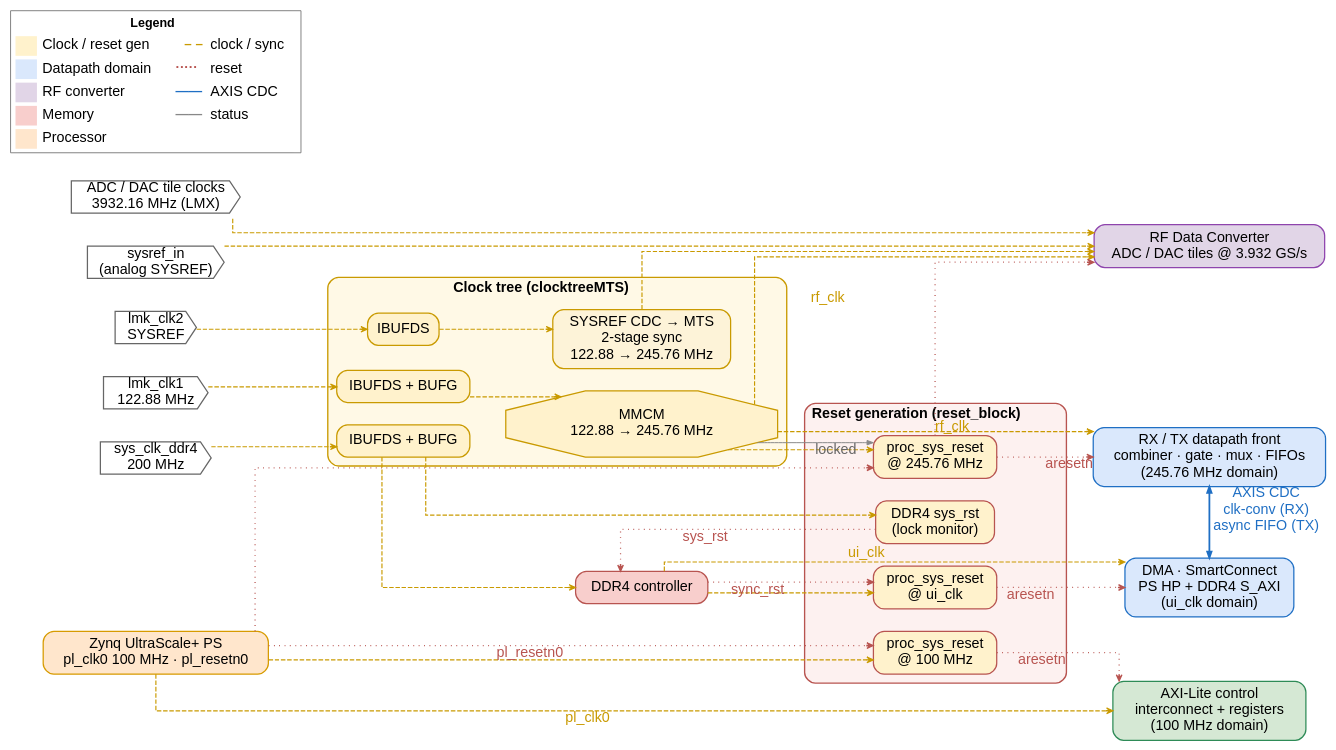
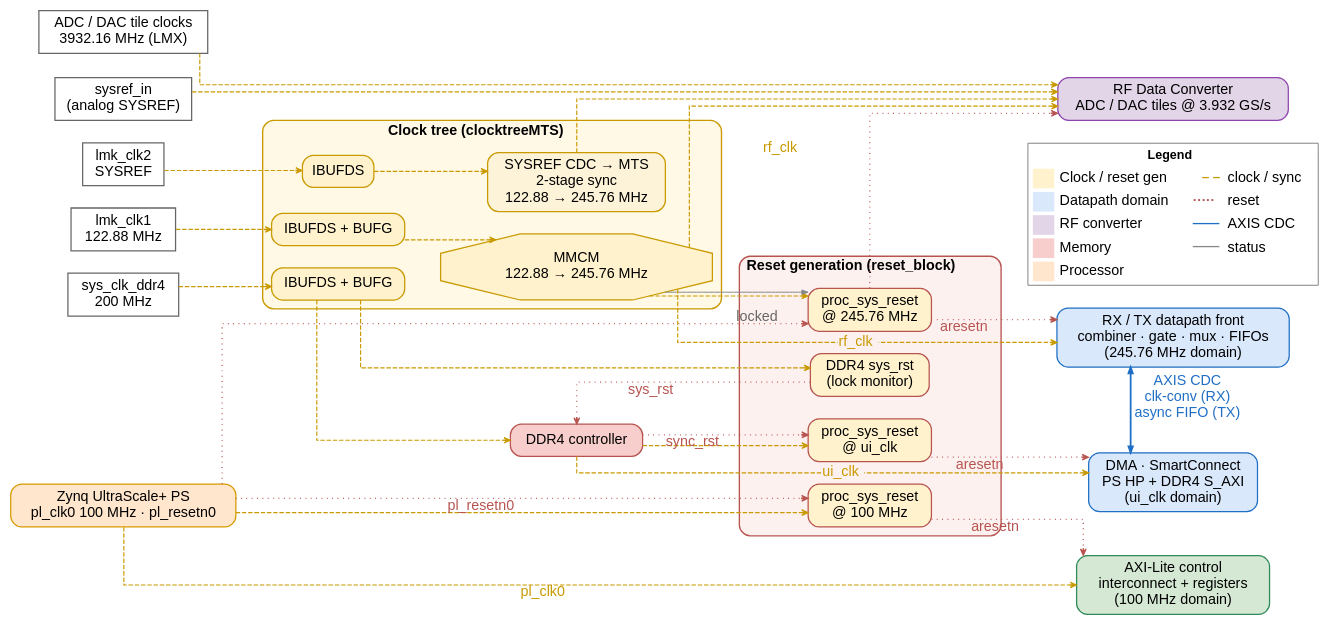
One commit to ali-rasteh/rfsoc-sdr changed the diagram in vivado/sounder_bbf_sivers_ddr4_2x2/arch_diagrams/9_paper_clocking_sync.dot. Above: the diagram before and after it, drawn with Graphviz. The commit also changed 5 other files, not shown here.

Commit message:
updated the fpga architecture block diagrams

```diff
--- a/vivado/sounder_bbf_sivers_ddr4_2x2/arch_diagrams/9_paper_clocking_sync.dot
+++ b/vivado/sounder_bbf_sivers_ddr4_2x2/arch_diagrams/9_paper_clocking_sync.dot
@@ -1,104 +1,118 @@
 digraph "paper_clocking_sync" {
   graph [rankdir=LR, splines=ortho, nodesep=0.35, ranksep=0.55, fontname="Helvetica",
          bgcolor="white", forcelabels=true, pack=false];
   node  [fontname="Helvetica", fontsize=16, shape=box, style="filled,rounded",
          penwidth=1.4, margin="0.14,0.09"];
   edge  [fontname="Helvetica", fontsize=16, penwidth=1.3, arrowsize=0.7];
 
   /* ---------- external clock / sync inputs ---------- */
-  "x_sysref" [label="sysref_in\n(analog SYSREF)",  shape=cds, fillcolor="#FFFFFF", color="#666666", style="filled", fontsize=16];
-  "x_lmx"    [label="ADC / DAC tile clocks\n3932.16 MHz (LMX)", shape=cds, fillcolor="#FFFFFF", color="#666666", style="filled", fontsize=16];
-  "x_lmk2"   [label="lmk_clk2\nSYSREF",            shape=cds, fillcolor="#FFFFFF", color="#666666", style="filled", fontsize=16];
-  "x_lmk1"   [label="lmk_clk1\n122.88 MHz",        shape=cds, fillcolor="#FFFFFF", color="#666666", style="filled", fontsize=16];
-  "x_ddr"    [label="sys_clk_ddr4\n200 MHz",       shape=cds, fillcolor="#FFFFFF", color="#666666", style="filled", fontsize=16];
+  /* external ports: plain square-cornered white boxes (distinct from the rounded fabric blocks) */
+  "x_sysref" [label="sysref_in\n(analog SYSREF)",  shape=box, fillcolor="#FFFFFF", color="#666666", style="filled", fontsize=16];
+  "x_lmx"    [label="ADC / DAC tile clocks\n3932.16 MHz (LMX)", shape=box, fillcolor="#FFFFFF", color="#666666", style="filled", fontsize=16];
+  "x_lmk2"   [label="lmk_clk2\nSYSREF",            shape=box, fillcolor="#FFFFFF", color="#666666", style="filled", fontsize=16];
+  "x_lmk1"   [label="lmk_clk1\n122.88 MHz",        shape=box, fillcolor="#FFFFFF", color="#666666", style="filled", fontsize=16];
+  "x_ddr"    [label="sys_clk_ddr4\n200 MHz",       shape=box, fillcolor="#FFFFFF", color="#666666", style="filled", fontsize=16];
   "ps"       [label="Zynq UltraScale+ PS\npl_clk0 100 MHz · pl_resetn0", fillcolor="#FFE6CC", color="#D79B00"];
 
   { rank=same; "x_sysref"; "x_lmx"; "x_lmk2"; "x_lmk1"; "x_ddr"; "ps"; }
   "x_lmx" -> "x_sysref" [style=invis];
   "x_sysref" -> "x_lmk2" [style=invis];
   "x_lmk2" -> "x_lmk1"  [style=invis];
   "x_lmk1" -> "x_ddr"   [style=invis];
   "x_ddr" -> "ps"       [style=invis];
 
   /* ---------- clock tree ---------- */
   subgraph "cluster_clktree" {
     label=<<b>Clock tree (clocktreeMTS)</b>>; fontsize=16; style="rounded"; color="#C99A00"; bgcolor="#FFF9E6"; penwidth=1.5; margin=10;
     "buf_sr"  [label="IBUFDS",        fillcolor="#FFF2CC", color="#C99A00", fontsize=16];
     "buf_pl"  [label="IBUFDS + BUFG", fillcolor="#FFF2CC", color="#C99A00", fontsize=16];
     "buf_ddr" [label="IBUFDS + BUFG", fillcolor="#FFF2CC", color="#C99A00", fontsize=16];
     "cdc"     [label="SYSREF CDC &#8594; MTS\n2-stage sync\n122.88 &#8594; 245.76 MHz", fillcolor="#FDF3D8", color="#C99A00"];
     "mmcm"    [label="MMCM\n122.88 &#8594; 245.76 MHz", shape=octagon, style="filled", fillcolor="#FFF2CC", color="#C99A00"];
   }
 
   /* ---------- DDR4 controller (ui_clk source) ---------- */
   "ddr4" [label="DDR4 controller", fillcolor="#F8CECC", color="#B85450"];
 
   /* ---------- reset generation ---------- */
   subgraph "cluster_rst" {
     label=<<b>Reset generation (reset_block)</b>>; fontsize=16; style="rounded"; color="#B85450"; bgcolor="#FDF1F0"; penwidth=1.5; margin=10;
     "rst_rf"  [label="proc_sys_reset\n@ 245.76 MHz", fillcolor="#FFF2CC", color="#B85450", fontsize=16];
     "rst_ddr" [label="proc_sys_reset\n@ ui_clk",     fillcolor="#FFF2CC", color="#B85450", fontsize=16];
     "rst_ps8" [label="proc_sys_reset\n@ 100 MHz",    fillcolor="#FFF2CC", color="#B85450", fontsize=16];
     "srgen"   [label="DDR4 sys_rst\n(lock monitor)", fillcolor="#FFF2CC", color="#B85450", fontsize=16];
   }
 
   /* ---------- clock sinks (right column) ---------- */
   "rfdc"     [label="RF Data Converter\nADC / DAC tiles @ 3.932 GS/s",   fillcolor="#E1D5E7", color="#8E44AD"];
   "dom_rf"   [label="RX / TX datapath front\ncombiner · gate · mux · FIFOs\n(245.76 MHz domain)", fillcolor="#DAE8FC", color="#1F6FC4"];
   "dom_ui"   [label="DMA · SmartConnect\nPS HP + DDR4 S_AXI\n(ui_clk domain)",                    fillcolor="#DAE8FC", color="#1F6FC4"];
   "dom_lite" [label="AXI-Lite control\ninterconnect + registers\n(100 MHz domain)",               fillcolor="#D5E8D4", color="#2E8B57"];
 
-  { rank=same; "rfdc"; "dom_rf"; "dom_ui"; "dom_lite"; }
+  /* legend rides in the gap between the RFDC and the datapath sinks (no extra canvas) */
+  { rank=same; "rfdc"; "legend"; "dom_rf"; "cdcgap"; "dom_ui"; "dom_lite"; }
+  "rfdc"   -> "legend" [style=invis];
+  "legend" -> "dom_rf" [style=invis];
+  /* spacer: keeps the 3-line AXIS CDC xlabel clear of the ui_clk edge */
+  "cdcgap" [shape=box, style=invis, label="", width=0.02, height=0.62, fixedsize=true];
+  "dom_rf" -> "cdcgap" [style=invis];
+  "cdcgap" -> "dom_ui" [style=invis];
 
   /* ---------- clock distribution ---------- */
-  "x_lmk1" -> "buf_pl" [color="#C99A00", style=dashed, arrowhead=vee];
+  "x_lmk1" -> "buf_pl" [color="#C99A00", style=dashed, arrowhead=vee, tailport=e];
   "buf_pl" -> "mmcm"   [color="#C99A00", style=dashed, arrowhead=vee];
   "mmcm" -> "rfdc"   [color="#C99A00", style=dashed, arrowhead=vee, xlabel="\n\nrf_clk", fontcolor="#C99A00"];
-  "mmcm" -> "dom_rf" [color="#C99A00", style=dashed, arrowhead=vee, xlabel="rf_clk", fontcolor="#C99A00"];
+  /* rf_clk / ui_clk labels land on their own dashed run inside the reset cluster:
+     an opaque cluster-tinted label box breaks the line behind the text */
+  "mmcm" -> "dom_rf" [color="#C99A00", style=dashed, arrowhead=vee,
+                      xlabel=<<table border="0" cellborder="0" cellspacing="0" cellpadding="1" bgcolor="#FDF1F0"><tr><td><font color="#C99A00" point-size="16">rf_clk</font></td></tr></table>>];
   "mmcm" -> "rst_rf" [color="#C99A00", style=dashed, arrowhead=vee];
 
-  "x_lmk2" -> "buf_sr" [color="#C99A00", style=dashed, arrowhead=vee];
+  "x_lmk2" -> "buf_sr" [color="#C99A00", style=dashed, arrowhead=vee, tailport=e];
   "buf_sr" -> "cdc"    [color="#C99A00", style=dashed, arrowhead=vee];
   "cdc" -> "rfdc" [color="#C99A00", style=dashed, arrowhead=vee];
-  "x_sysref" -> "rfdc" [color="#C99A00", style=dashed, arrowhead=vee, weight=3];
-  "x_lmx"    -> "rfdc" [color="#C99A00", style=dashed, arrowhead=vee, weight=3];
+  "x_sysref" -> "rfdc" [color="#C99A00", style=dashed, arrowhead=vee, weight=3, tailport=e];
+  /* x_lmx sits above the RFDC, so it leaves downward; tailport=e would start the run inside the box */
+  "x_lmx"    -> "rfdc" [color="#C99A00", style=dashed, arrowhead=vee, weight=3, tailport=s];
 
-  "x_ddr"   -> "buf_ddr" [color="#C99A00", style=dashed, arrowhead=vee];
+  "x_ddr"   -> "buf_ddr" [color="#C99A00", style=dashed, arrowhead=vee, tailport=e];
   "buf_ddr" -> "ddr4"  [color="#C99A00", style=dashed, arrowhead=vee];
   "buf_ddr" -> "srgen" [color="#C99A00", style=dashed, arrowhead=vee];
-  "ddr4" -> "dom_ui"  [color="#C99A00", style=dashed, arrowhead=vee, xlabel="ui_clk", fontcolor="#C99A00"];
+  "ddr4" -> "dom_ui"  [color="#C99A00", style=dashed, arrowhead=vee,
+                       xlabel=<<table border="0" cellborder="0" cellspacing="0" cellpadding="1" bgcolor="#FDF1F0"><tr><td><font color="#C99A00" point-size="16">ui_clk</font></td></tr></table>>];
   "ddr4" -> "rst_ddr" [color="#C99A00", style=dashed, arrowhead=vee];
 
   "ps" -> "dom_lite" [color="#C99A00", style=dashed, arrowhead=vee, xlabel="pl_clk0", fontcolor="#C99A00"];
   "ps" -> "rst_ps8"  [color="#C99A00", style=dashed, arrowhead=vee];
 
   /* ---------- datapath clock-domain crossing ---------- */
   "dom_rf" -> "dom_ui" [dir=both, color="#1F6FC4", style=solid, penwidth=2.0,
                         xlabel="AXIS CDC\nclk-conv (RX)\nasync FIFO (TX)", fontcolor="#1F6FC4"];
 
   /* ---------- resets ---------- */
   "ps" -> "rst_ps8" [color="#B85450", style=dotted, penwidth=1.4, arrowhead=vee, xlabel="pl_resetn0", fontcolor="#B85450"];
   "ps" -> "rst_rf"  [color="#B85450", style=dotted, penwidth=1.4, arrowhead=vee];
-  "mmcm" -> "rst_rf" [color="#888888", style=solid, penwidth=1.1, arrowhead=normal, xlabel="locked", fontcolor="#666666"];
+  /* leading newline drops the label below the clock edge bundled alongside this one */
+  "mmcm" -> "rst_rf" [color="#888888", style=solid, penwidth=1.1, arrowhead=normal, xlabel="\nlocked", fontcolor="#666666"];
   "ddr4" -> "rst_ddr" [color="#B85450", style=dotted, penwidth=1.4, arrowhead=vee, xlabel="sync_rst", fontcolor="#B85450"];
   "srgen" -> "ddr4" [color="#B85450", style=dotted, penwidth=1.4, arrowhead=vee, xlabel="sys_rst", fontcolor="#B85450", constraint=false];
   "rst_ps8" -> "dom_lite" [color="#B85450", style=dotted, penwidth=1.4, arrowhead=vee, xlabel="aresetn", fontcolor="#B85450"];
   "rst_ddr" -> "dom_ui"   [color="#B85450", style=dotted, penwidth=1.4, arrowhead=vee, xlabel="aresetn", fontcolor="#B85450"];
   "rst_rf"  -> "dom_rf"   [color="#B85450", style=dotted, penwidth=1.4, arrowhead=vee, xlabel="aresetn", fontcolor="#B85450"];
   "rst_rf"  -> "rfdc"     [color="#B85450", style=dotted, penwidth=1.4, arrowhead=vee];
 
   /* ---------- legend ---------- */
   "legend" [shape=plaintext, margin=0, label=<<table border="1" color="#777777" cellborder="0" cellspacing="4" cellpadding="2" bgcolor="white">
     <tr><td colspan="4" align="center"><font point-size="14"><b>Legend</b></font></td></tr>
     <tr><td bgcolor="#FFF2CC" width="24"><font point-size="4"> </font></td><td align="left"><font point-size="16">Clock / reset gen</font></td>
         <td align="right"><font color="#C99A00" point-size="15"><b>&#8211; &#8211;</b></font></td><td align="left"><font point-size="16">clock / sync</font></td></tr>
     <tr><td bgcolor="#DAE8FC" width="24"><font point-size="4"> </font></td><td align="left"><font point-size="16">Datapath domain</font></td>
         <td align="right"><font color="#B85450" point-size="15"><b>&#183;&#183;&#183;&#183;&#183;</b></font></td><td align="left"><font point-size="16">reset</font></td></tr>
     <tr><td bgcolor="#E1D5E7" width="24"><font point-size="4"> </font></td><td align="left"><font point-size="16">RF converter</font></td>
         <td align="right"><font color="#1F6FC4" point-size="15"><b>&#8213;&#8213;</b></font></td><td align="left"><font point-size="16">AXIS CDC</font></td></tr>
     <tr><td bgcolor="#F8CECC" width="24"><font point-size="4"> </font></td><td align="left"><font point-size="16">Memory</font></td>
         <td align="right"><font color="#888888" point-size="15"><b>&#8213;&#8213;</b></font></td><td align="left"><font point-size="16">status</font></td></tr>
     <tr><td bgcolor="#FFE6CC" width="24"><font point-size="4"> </font></td><td align="left"><font point-size="16">Processor</font></td>
         <td> </td><td> </td></tr>
   </table>>];
 }
```
